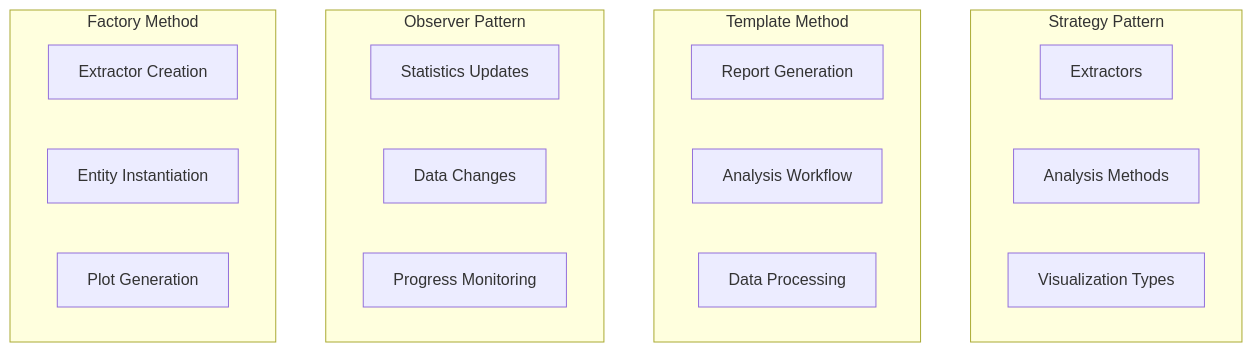
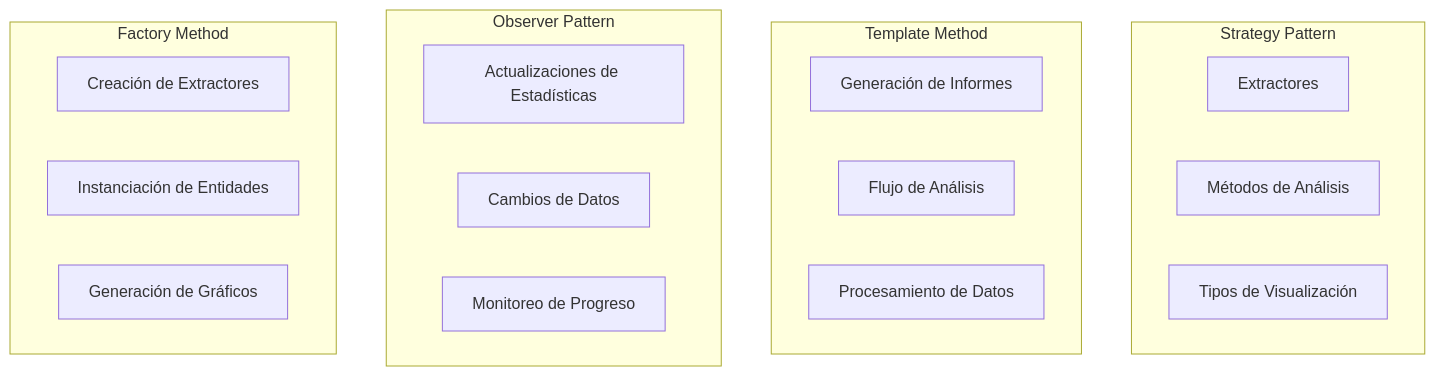
One commit to piettro/Master-MIAX-Tarea-Bloque1-Introduccion changed the fourth of 5 diagrams in docs/diagrams.md. Above: the diagram before and after it, drawn with Mermaid. The commit also changed other lines of this file and 1 other file, not shown here.

````diff
--- a/docs/diagrams.md
+++ b/docs/diagrams.md
@@ -186,26 +186,26 @@
 ```mermaid
 graph TD
     subgraph "Strategy Pattern"
-        S1[Extractors]
-        S2[Analysis Methods]
-        S3[Visualization Types]
+        S1[Extractores]
+        S2[Métodos de Análisis]
+        S3[Tipos de Visualización]
     end
     
     subgraph "Template Method"
-        T1[Report Generation]
-        T2[Analysis Workflow]
-        T3[Data Processing]
+        T1[Generación de Informes]
+        T2[Flujo de Análisis]
+        T3[Procesamiento de Datos]
     end
     
     subgraph "Observer Pattern"
-        O1[Statistics Updates]
-        O2[Data Changes]
-        O3[Progress Monitoring]
+        O1[Actualizaciones de Estadísticas]
+        O2[Cambios de Datos]
+        O3[Monitoreo de Progreso]
     end
     
     subgraph "Factory Method"
-        F1[Extractor Creation]
-        F2[Entity Instantiation]
-        F3[Plot Generation]
+        F1[Creación de Extractores]
+        F2[Instanciación de Entidades]
+        F3[Generación de Gráficos]
     end
 ```
````
